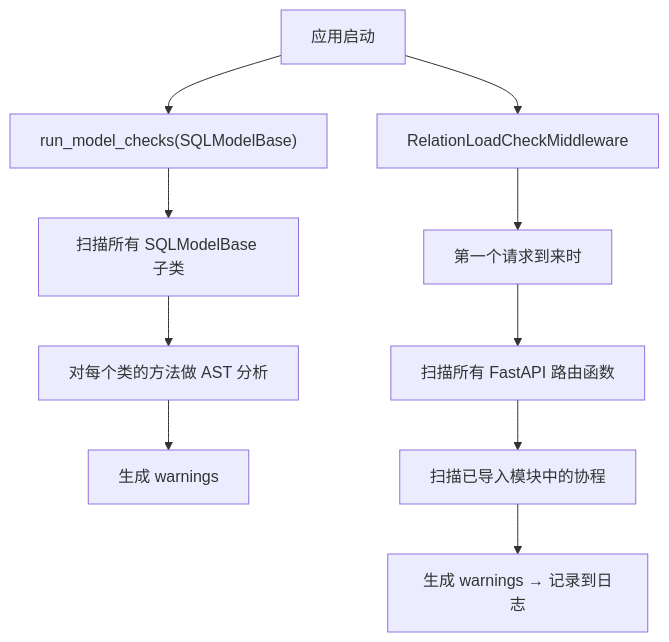
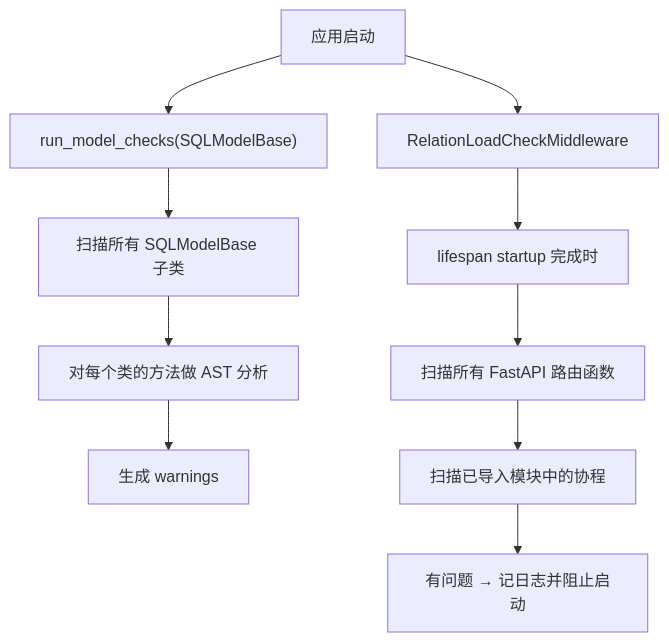
Before and after one commit to Foxerine/sqlmodel-ext: the diagram in docs/explanation/relation-load-checker.md, drawn with Mermaid. The commit also changed other lines of this file and 140 other files, not shown here.

````diff
--- a/docs/explanation/relation-load-checker.md
+++ b/docs/explanation/relation-load-checker.md
@@ -29,13 +44,13 @@
 ```mermaid
 flowchart TD
     Start["应用启动"] --> A["run_model_checks(SQLModelBase)"]
     A --> B["扫描所有 SQLModelBase 子类"]
     B --> C["对每个类的方法做 AST 分析"]
     C --> D["生成 warnings"]
 
     Start --> E["RelationLoadCheckMiddleware"]
-    E --> F["第一个请求到来时"]
+    E --> F["lifespan startup 完成时"]
     F --> G["扫描所有 FastAPI 路由函数"]
     G --> H["扫描已导入模块中的协程"]
-    H --> I["生成 warnings → 记录到日志"]
+    H --> I["有问题 → 记日志并阻止启动"]
 ```
````
